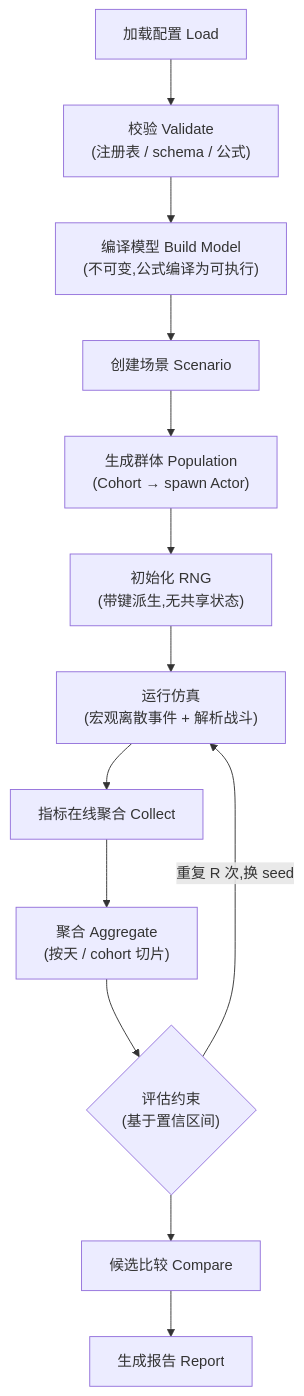
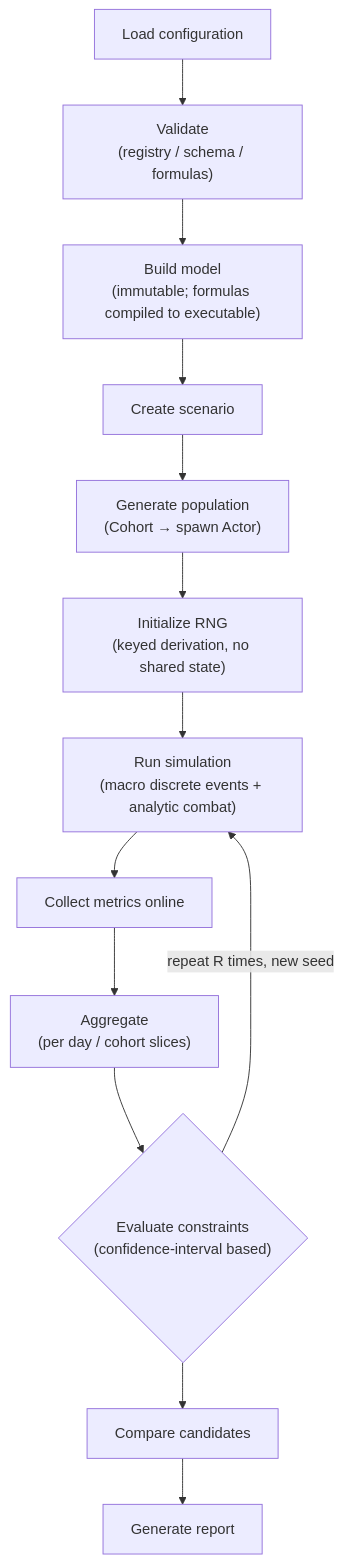
One commit to cuihairu/sandtable changed the diagram in docs/guide/11-experiment-pipeline.md. Above: the diagram before and after it, drawn with Mermaid. The commit also changed other lines of this file and 95 other files, not shown here.

````diff
--- a/docs/guide/11-experiment-pipeline.md
+++ b/docs/guide/11-experiment-pipeline.md
@@ -11,15 +11,15 @@
 ```mermaid
 flowchart TD
-    A["加载配置 Load"] --> V["校验 Validate<br>(注册表 / schema / 公式)"]
-    V --> B["编译模型 Build Model<br>(不可变,公式编译为可执行)"]
-    B --> SC["创建场景 Scenario"]
-    SC --> P["生成群体 Population<br>(Cohort → spawn Actor)"]
-    P --> R["初始化 RNG<br>(带键派生,无共享状态)"]
-    R --> RUN["运行仿真<br>(宏观离散事件 + 解析战斗)"]
-    RUN --> C["指标在线聚合 Collect"]
-    C --> AG["聚合 Aggregate<br>(按天 / cohort 切片)"]
-    AG --> EV{"评估约束<br>(基于置信区间)"}
-    EV -->|"重复 R 次,换 seed"| RUN
-    EV --> CMP["候选比较 Compare"]
-    CMP --> REP["生成报告 Report"]
+    A["Load configuration"] --> V["Validate<br>(registry / schema / formulas)"]
+    V --> B["Build model<br>(immutable; formulas compiled to executable)"]
+    B --> SC["Create scenario"]
+    SC --> P["Generate population<br>(Cohort → spawn Actor)"]
+    P --> R["Initialize RNG<br>(keyed derivation, no shared state)"]
+    R --> RUN["Run simulation<br>(macro discrete events + analytic combat)"]
+    RUN --> C["Collect metrics online"]
+    C --> AG["Aggregate<br>(per day / cohort slices)"]
+    AG --> EV{"Evaluate constraints<br>(confidence-interval based)"}
+    EV -->|"repeat R times, new seed"| RUN
+    EV --> CMP["Compare candidates"]
+    CMP --> REP["Generate report"]
 ```
````
